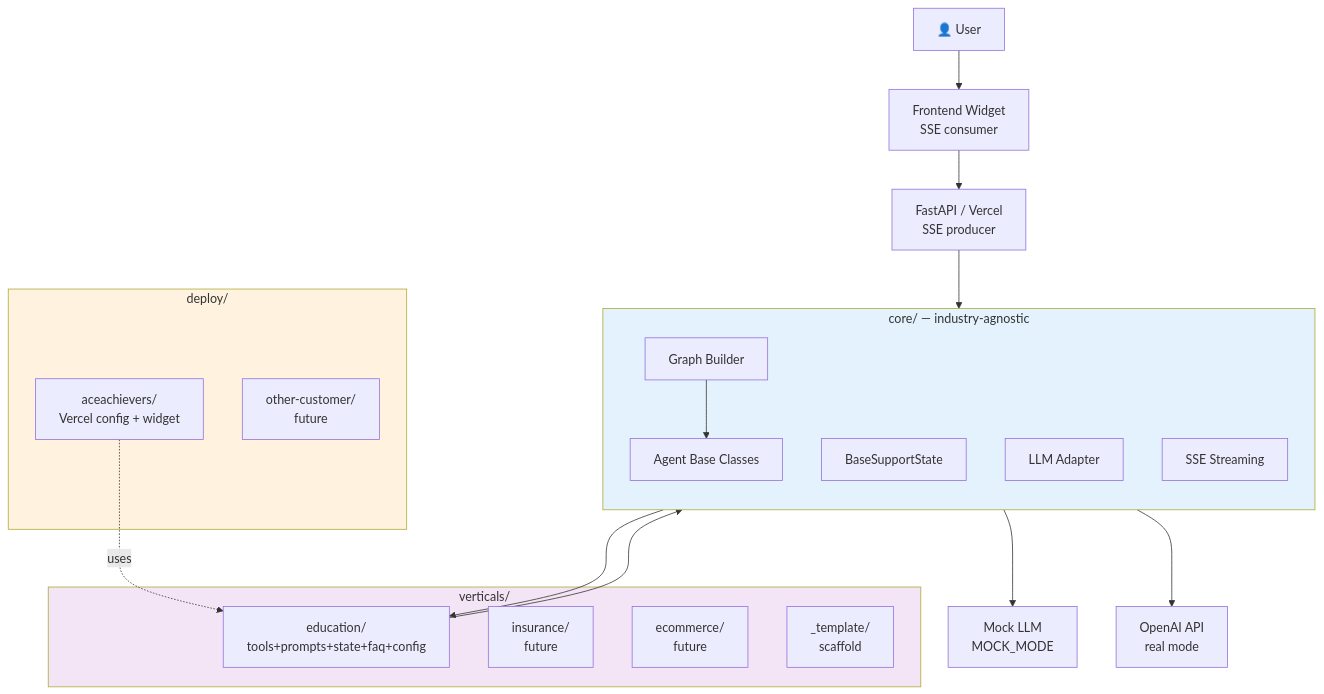
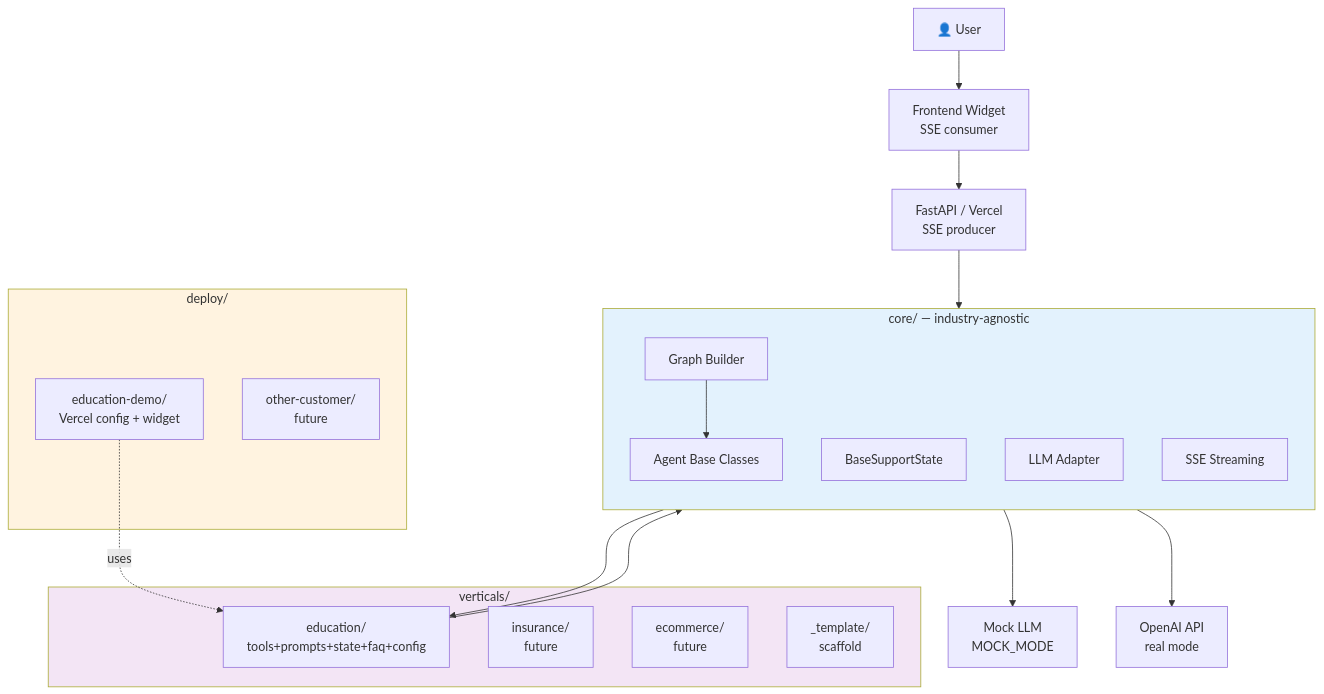
One commit to Star4future/langgraph-platform changed the first of 3 diagrams in ARCHITECTURE.md. Above: the diagram before and after it, drawn with Mermaid. The commit also changed other lines of this file and 25 other files, not shown here.

````diff
--- a/ARCHITECTURE.md
+++ b/ARCHITECTURE.md
@@ -21,38 +21,38 @@
 ```mermaid
 flowchart TB
     User[👤 User] --> Widget[Frontend Widget<br/>SSE consumer]
     Widget --> API[FastAPI / Vercel<br/>SSE producer]
 
     subgraph CORE [core/ — industry-agnostic]
         direction TB
         GraphBuilder[Graph Builder]
         AgentBase[Agent Base Classes]
         StateBase[BaseSupportState]
         LLMAdapter[LLM Adapter]
         SSE[SSE Streaming]
     end
 
     subgraph VERTICALS [verticals/]
         Edu[education/<br/>tools+prompts+state+faq+config]
         Ins[insurance/<br/>future]
         Ecom[ecommerce/<br/>future]
         Tpl[_template/<br/>scaffold]
     end
 
     subgraph DEPLOY [deploy/]
-        AceA[aceachievers/<br/>Vercel config + widget]
+        AceA[education-demo/<br/>Vercel config + widget]
         Other[other-customer/<br/>future]
     end
 
     API --> GraphBuilder
     GraphBuilder --> AgentBase
     AgentBase --> Edu
     Edu --> LLMAdapter
     LLMAdapter --> Mock[Mock LLM<br/>MOCK_MODE]
     LLMAdapter --> OpenAI[OpenAI API<br/>real mode]
     AceA -.uses.-> Edu
 
     style CORE fill:#e3f2fd
     style VERTICALS fill:#f3e5f5
     style DEPLOY fill:#fff3e0
 ```
````
